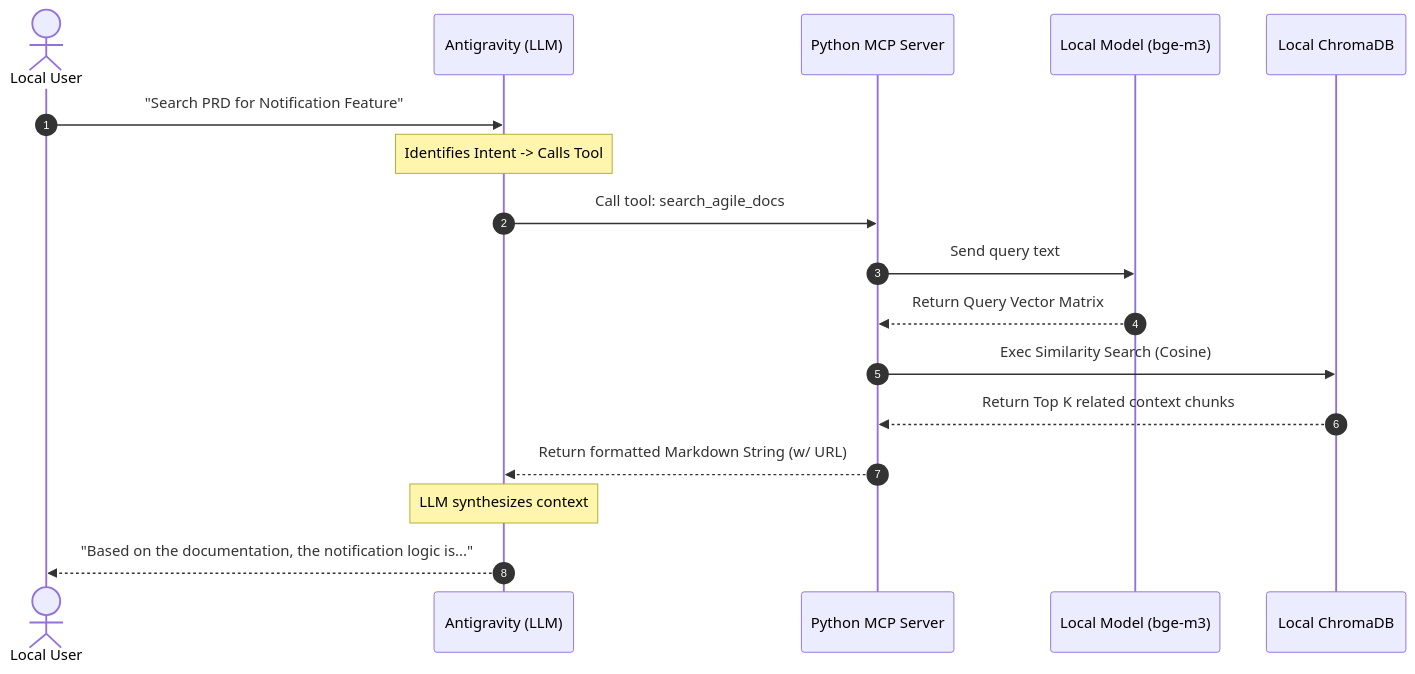
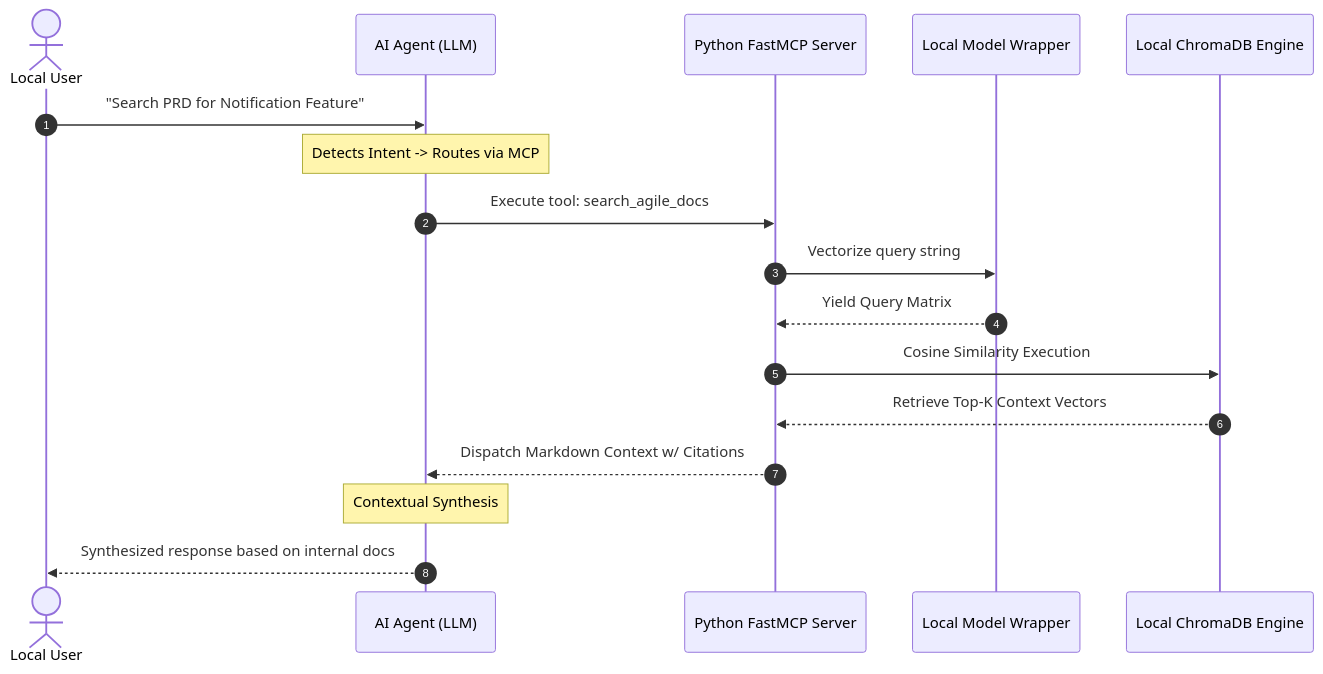
One commit to cachep-xidau/MCP-server changed the fourth of 4 diagrams in README.md. Above: the diagram before and after it, drawn with Mermaid. The commit also changed other lines of this file, not shown here.

````diff
--- a/README.md
+++ b/README.md
@@ -89,20 +92,20 @@
 ```mermaid
 sequenceDiagram
     autonumber
     actor User as Local User
-    participant AI as Antigravity (LLM)
-    participant MCP as Python MCP Server
-    participant LB_Model as Local Model (bge-m3)
-    participant DB as Local ChromaDB
+    participant AI as AI Agent (LLM)
+    participant MCP as Python FastMCP Server
+    participant LB_Model as Local Model Wrapper
+    participant DB as Local ChromaDB Engine
     
     User->>AI: "Search PRD for Notification Feature"
-    Note over AI: Identifies Intent -> Calls Tool
-    AI->>MCP: Call tool: search_agile_docs
-    MCP->>LB_Model: Send query text
-    LB_Model-->>MCP: Return Query Vector Matrix
-    MCP->>DB: Exec Similarity Search (Cosine)
-    DB-->>MCP: Return Top K related context chunks
-    MCP-->>AI: Return formatted Markdown String (w/ URL)
-    Note over AI: LLM synthesizes context
-    AI-->>User: "Based on the documentation, the notification logic is..."
+    Note over AI: Detects Intent -> Routes via MCP
+    AI->>MCP: Execute tool: search_agile_docs
+    MCP->>LB_Model: Vectorize query string
+    LB_Model-->>MCP: Yield Query Matrix
+    MCP->>DB: Cosine Similarity Execution
+    DB-->>MCP: Retrieve Top-K Context Vectors
+    MCP-->>AI: Dispatch Markdown Context w/ Citations
+    Note over AI: Contextual Synthesis
+    AI-->>User: Synthesized response based on internal docs
 ```
````
